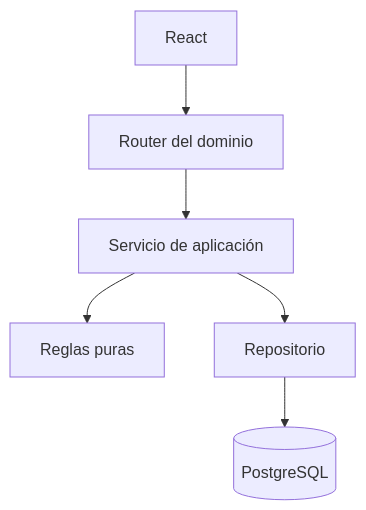
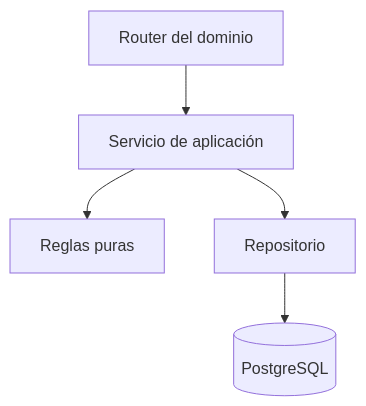
Before and after one commit to nardulli03/repodesarollo: the second of 2 diagrams in docs/TRD.md, drawn with Mermaid. The commit also changed other lines of this file and 6 other files, not shown here.

````diff
--- a/docs/TRD.md
+++ b/docs/TRD.md
@@ -32,8 +141,7 @@
 ```mermaid
 flowchart TD
-    UI[React] --> HTTP[Router del dominio]
-    HTTP --> APP[Servicio de aplicación]
-    APP --> RULE[Reglas puras]
-    APP --> REPO[Repositorio]
+    HTTP["Router del dominio"] --> APP["Servicio de aplicación"]
+    APP --> RULE["Reglas puras"]
+    APP --> REPO["Repositorio"]
     REPO --> DB[(PostgreSQL)]
 ```
````
